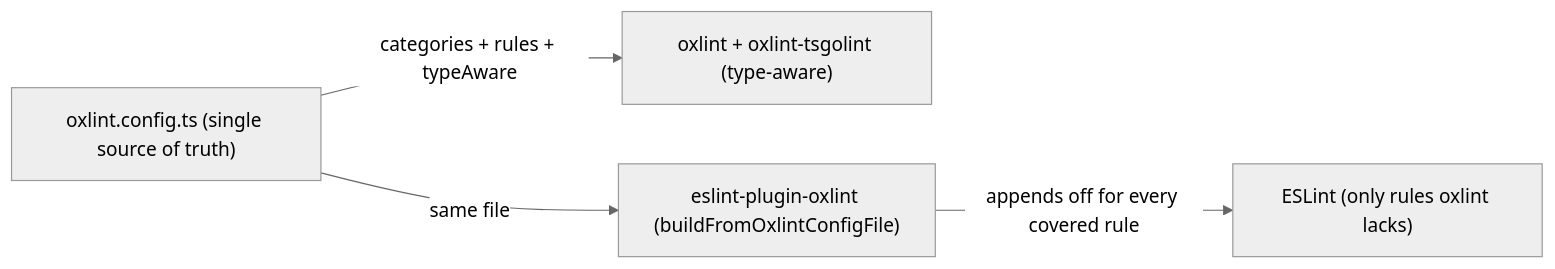
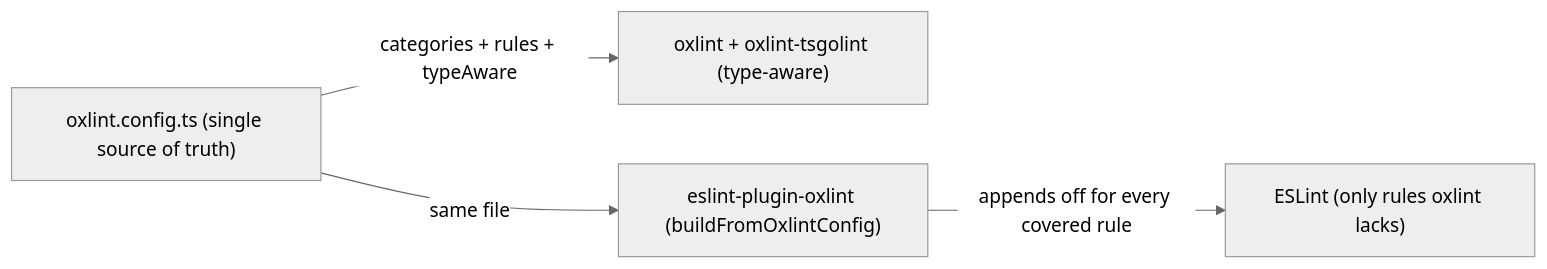
One commit to Esposter/Esposter changed the first of 2 diagrams in apps/web/content/docs/architecture/lint-toolchain.md. Above: the diagram before and after it, drawn with Mermaid (neutral theme). The commit also changed other lines of this file and 2 other files, not shown here.

Commit message:
docs(lint): name the oxlint bridge's config-object builder and the oxfmt config
The eslint-plugin-oxlint bridge imports oxlint.config.ts and calls
buildFromOxlintConfig, and the Vite+ proposal's rename had doubled the
lint config's name where the formatter's belonged.

Answers: 4110365516
Answers: 4110365506

````diff
--- a/apps/web/content/docs/architecture/lint-toolchain.md
+++ b/apps/web/content/docs/architecture/lint-toolchain.md
@@ -18,10 +18,10 @@
 ```mermaid
 flowchart LR
   config["oxlint.config.ts (single source of truth)"]
   oxlint["oxlint + oxlint-tsgolint (type-aware)"]
-  plugin["eslint-plugin-oxlint (buildFromOxlintConfigFile)"]
+  plugin["eslint-plugin-oxlint (buildFromOxlintConfig)"]
   eslint["ESLint (only rules oxlint lacks)"]
   config -->|"categories + rules + typeAware"| oxlint
   config -->|"same file"| plugin
   plugin -->|"appends off for every covered rule"| eslint
 ```
````
